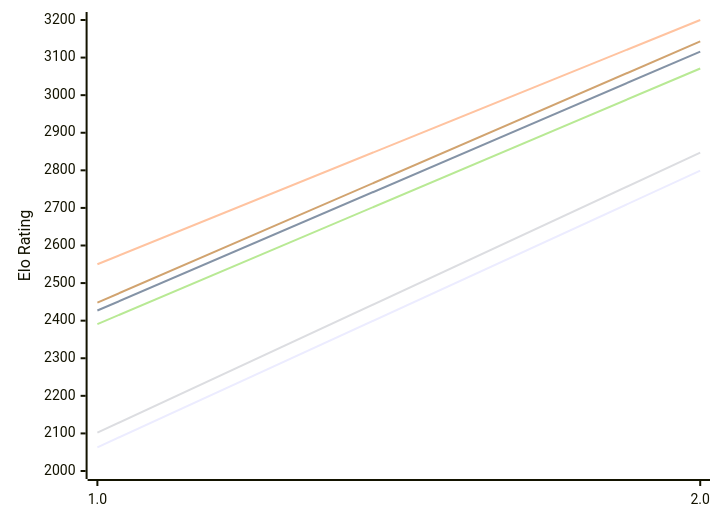
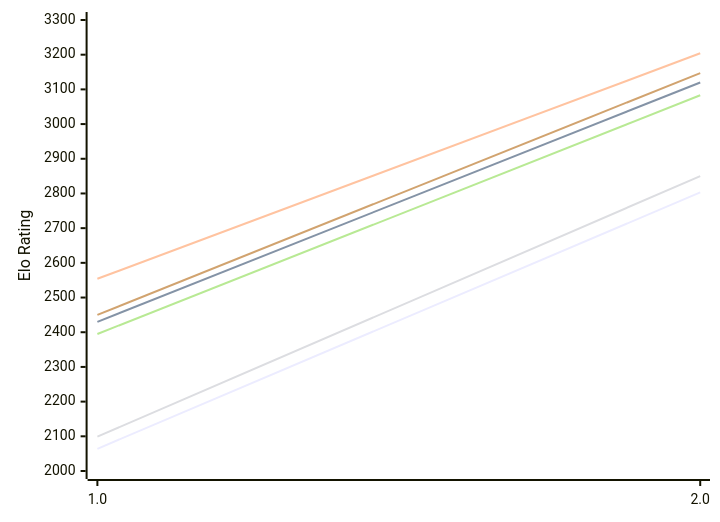
Before and after one commit to computer-chess-index/cci: the diagram in engines/Scarlet.md, drawn with Mermaid. The commit also changed other lines of this file, not shown here.

Commit message:
Update CCI Ratings (ELO VLTC) - 2026-11-20

````diff
--- a/engines/Scarlet.md
+++ b/engines/Scarlet.md
@@ -49,12 +49,12 @@
 ```mermaid
 %%{init: {"theme":"base","themeVariables":{"seriesColors:['#a3a3a3','#222221','#faa371']}}}%%
 xychart-beta
   x-axis ["1.0", "2.0"]
-  y-axis "Elo Rating" 2000 --> 3200
-  line "E1: STC (8.0+0.08s)" [2063, 2799]
-  line "E1: LTC (60.0+0.60s)" [2427, 3116]
-  line "E1: VLTC (2m24s+1.12s)" [2550, 3200]
-  line "P1: STC (8.0+0.08s)" [2102, 2847]
-  line "P1: LTC (60.0+0.60s)" [2391, 3071]
-  line "P1: VLTC (2m24s+1.12s)" [2448, 3143]
+  y-axis "Elo Rating" 2000 --> 3300
+  line "E1: STC (8.0+0.08s)" [2064, 2803]
+  line "E1: LTC (60.0+0.60s)" [2430, 3120]
+  line "E1: VLTC (2m24s+1.12s)" [2554, 3204]
+  line "P1: STC (8.0+0.08s)" [2099, 2850]
+  line "P1: LTC (60.0+0.60s)" [2395, 3083]
+  line "P1: VLTC (2m24s+1.12s)" [2450, 3147]
 ```
````
